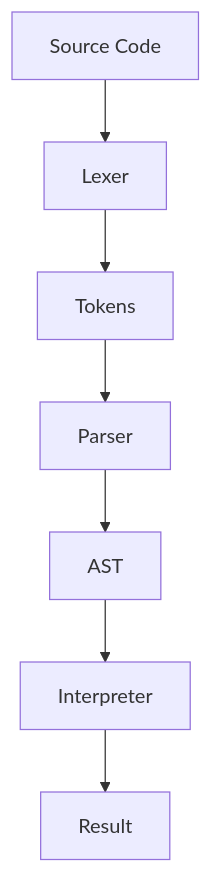
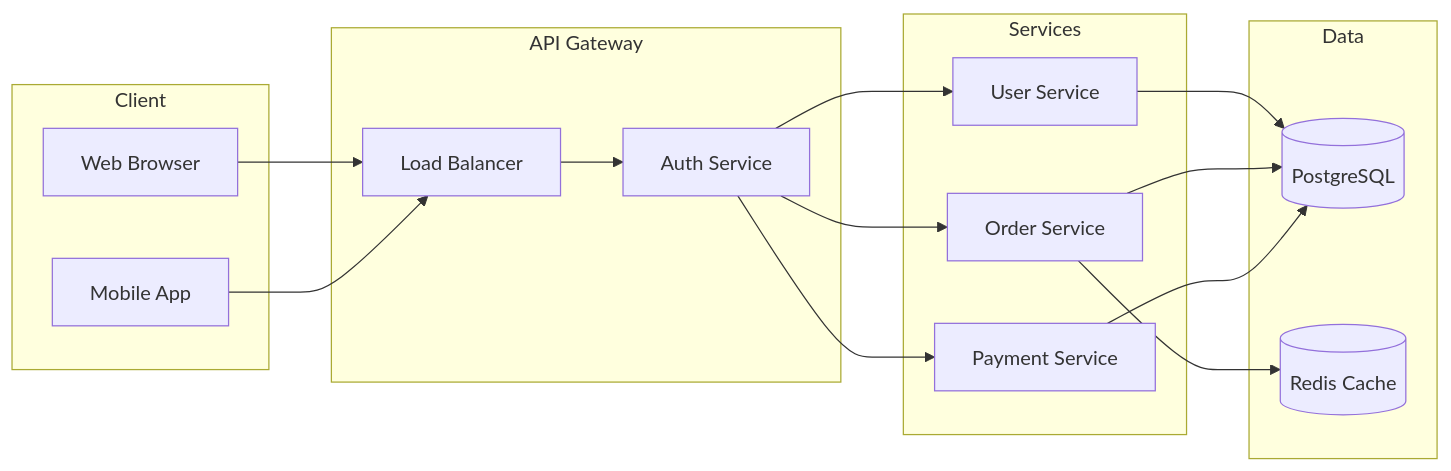
Before and after one commit to runkids/claude-skill-registry: the second of 56 diagrams in skills/data/mermaid-diagrams/SKILL.md, drawn with Mermaid. The commit also changed other lines of this file and 29822 other files, not shown here.

````diff
--- a/skills/data/mermaid-diagrams/SKILL.md
+++ b/skills/data/mermaid-diagrams/SKILL.md
@@ -11,9 +84,30 @@
 ```mermaid
-flowchart TD
-    A[Source Code] --> B[Lexer]
-    B --> C[Tokens]
-    C --> D[Parser]
-    D --> E[AST]
-    E --> F[Interpreter]
-    F --> G[Result]
+flowchart LR
+    subgraph Client
+        Browser[Web Browser]
+        Mobile[Mobile App]
+    end
+
+    subgraph API Gateway
+        LB[Load Balancer]
+        Auth[Auth Service]
+    end
+
+    subgraph Services
+        Users[User Service]
+        Orders[Order Service]
+        Payments[Payment Service]
+    end
+
+    subgraph Data
+        PG[(PostgreSQL)]
+        Redis[(Redis Cache)]
+    end
+
+    Browser & Mobile --> LB
+    LB --> Auth
+    Auth --> Users & Orders & Payments
+    Users & Orders --> PG
+    Orders --> Redis
+    Payments --> PG
 ```
````
